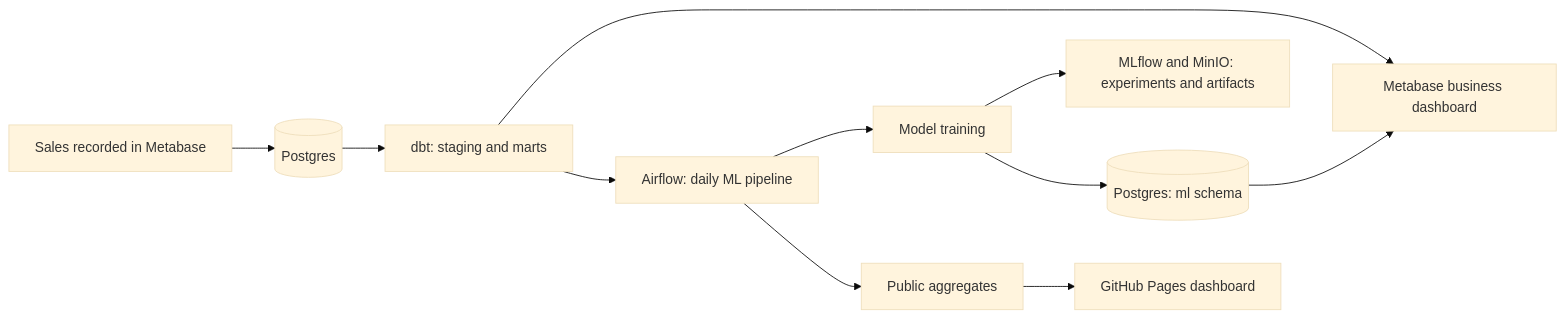
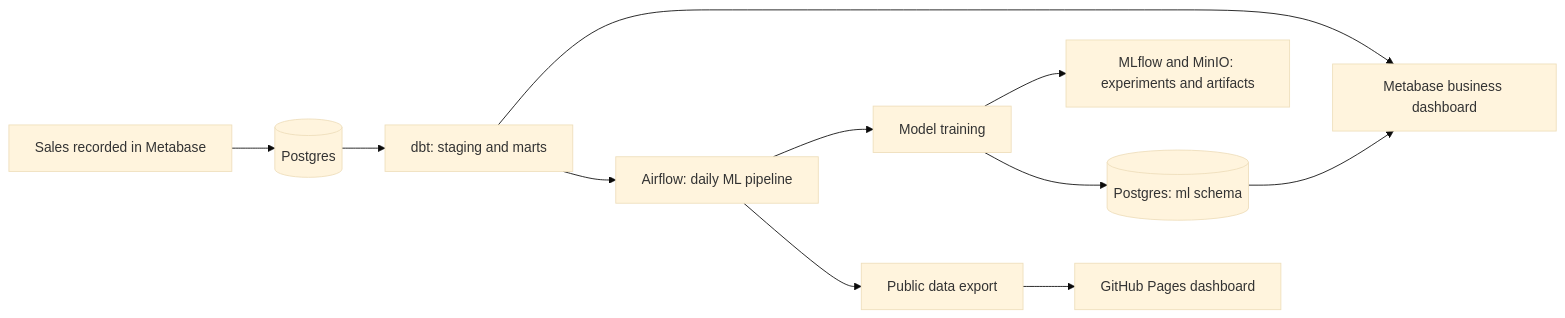
The diagram in README.md (manofmanana/medrano-mercantile), drawn with Mermaid (base theme) before and after one commit. The commit also changed other lines of this file and 4 other files, not shown here.

````diff
--- a/README.md
+++ b/README.md
@@ -9,13 +9,13 @@
 ```mermaid
 flowchart LR
     A[Sales recorded in Metabase] --> B[(Postgres)]
     B --> C[dbt: staging and marts]
     C --> D[Metabase business dashboard]
     C --> E[Airflow: daily ML pipeline]
     E --> F[Model training]
     F --> G[MLflow and MinIO: experiments and artifacts]
     F --> H[(Postgres: ml schema)]
     H --> D
-    E --> I[Public aggregates]
+    E --> I[Public data export]
     I --> J[GitHub Pages dashboard]
 ```
````
